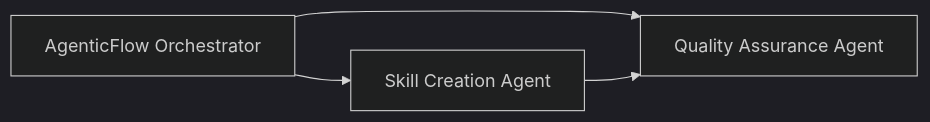
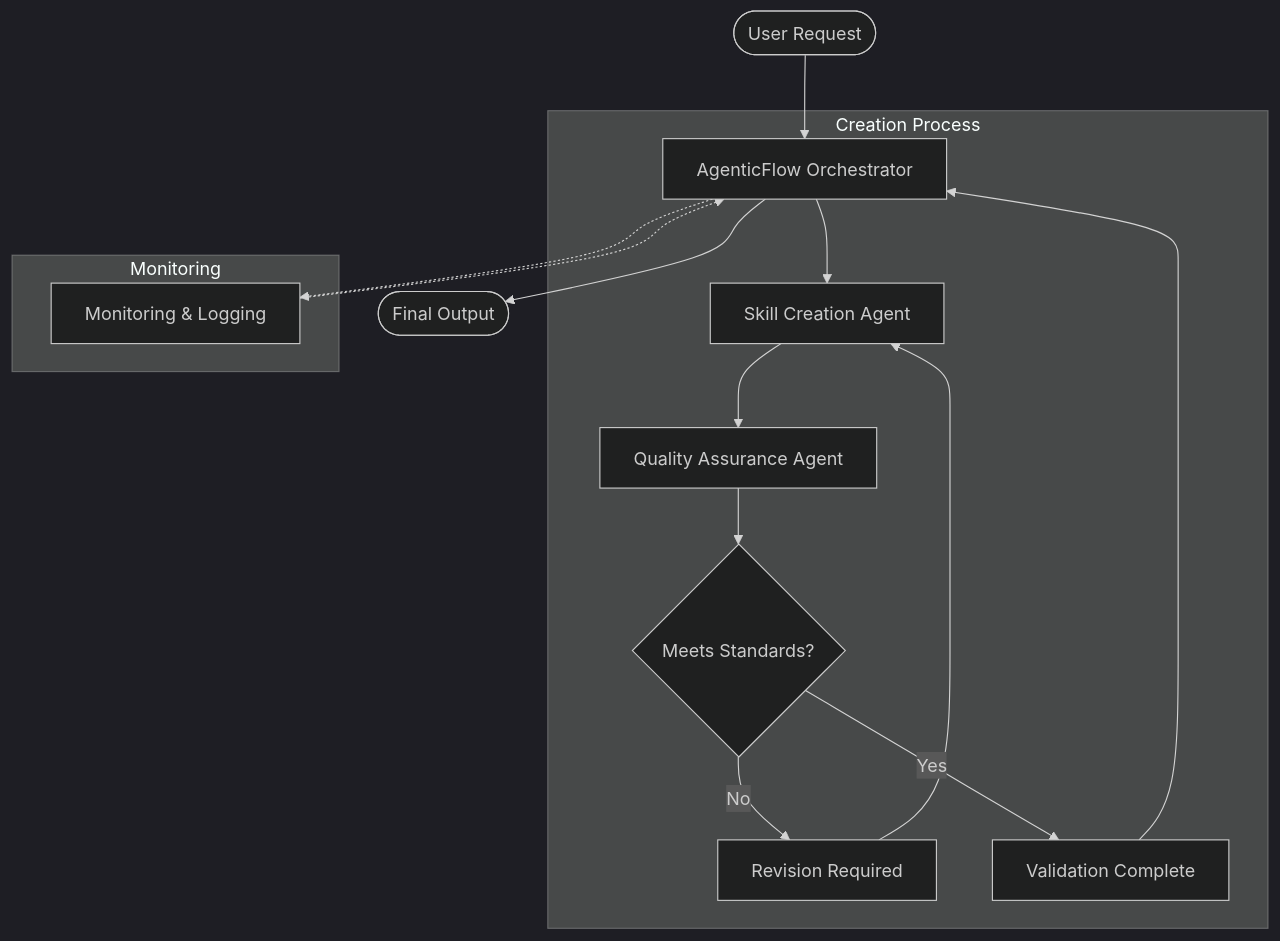
Before and after one commit to Martinb113/AgentWorld: the diagram in Skill Creators/AgenticFlowArchitecture.md, drawn with Mermaid (dark theme). The commit also changed other lines of this file and 1 other file, not shown here.

Commit message:
Enhance data processing flow with comprehensive validation and feedback loops

````diff
--- a/Skill Creators/AgenticFlowArchitecture.md
+++ b/Skill Creators/AgenticFlowArchitecture.md
@@ -7,6 +7,21 @@
 ```mermaid
-flowchart LR
-    A[AgenticFlow Orchestrator] --> B[Skill Creation Agent]
-    A --> C[Quality Assurance Agent]
-    B --> C
+flowchart TD
+    User([User Request]) --> AFO[AgenticFlow Orchestrator]
+    
+    subgraph Creation Process
+        AFO --> SCA[Skill Creation Agent]
+        SCA --> QAA[Quality Assurance Agent]
+        QAA --> Decision{Meets Standards?}
+        Decision -->|No| RevisionLoop[Revision Required]
+        RevisionLoop --> SCA
+        Decision -->|Yes| Validation[Validation Complete]
+    end
+    
+    Validation --> AFO
+    AFO --> Output([Final Output])
+    
+    subgraph Monitoring
+        AFO -.-> Monitor[Monitoring & Logging]
+        Monitor -.-> AFO
+    end
 ```
````
